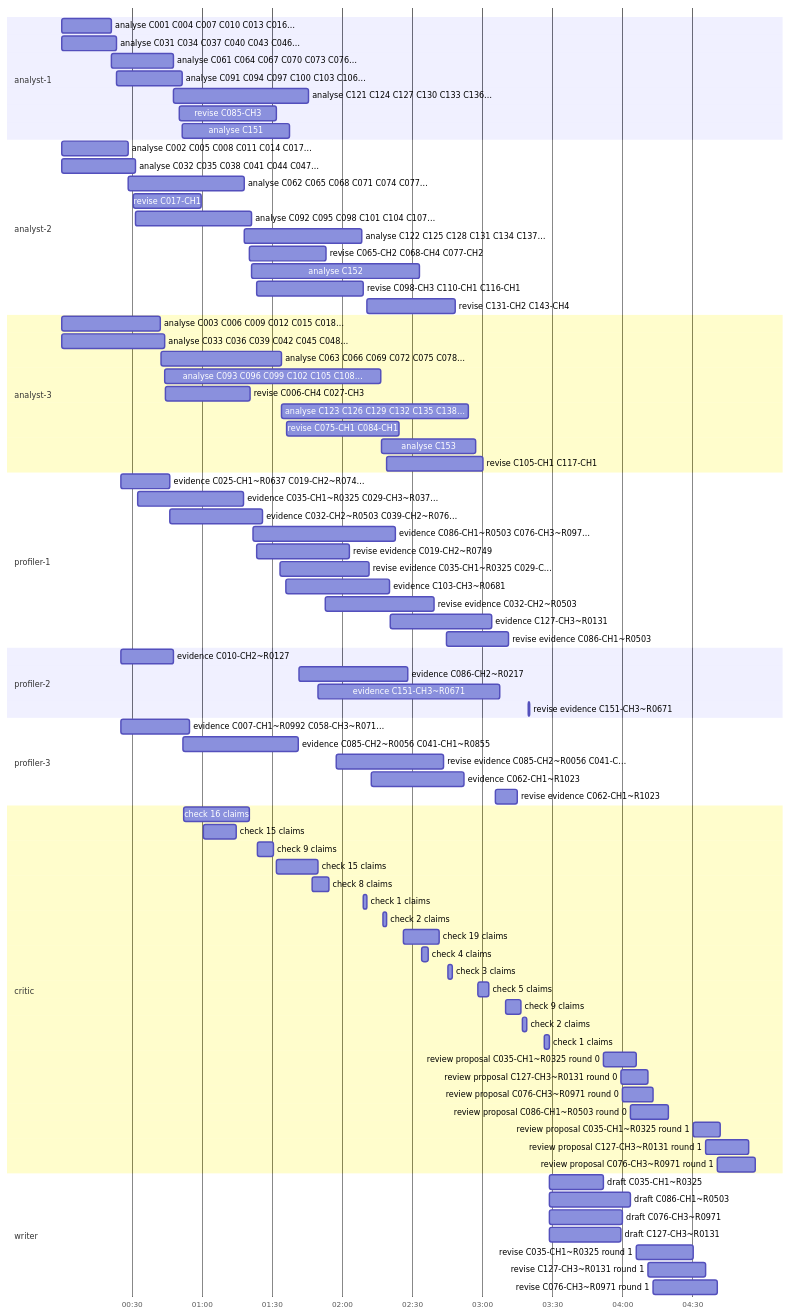
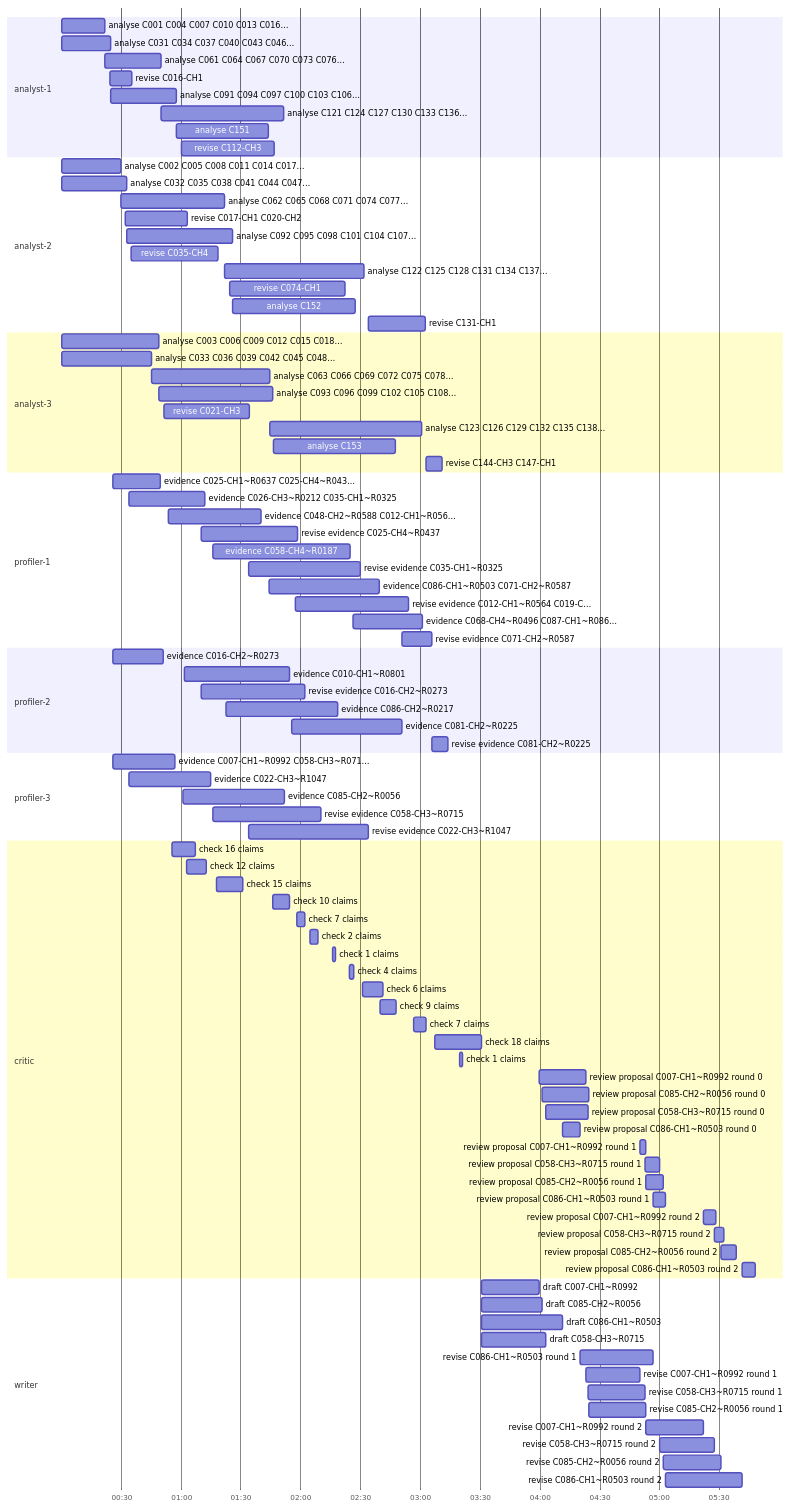
One commit to JannetEkka/spona changed the diagram in runs/2026-10-31-full/trace.md. Above: the diagram before and after it, drawn with Mermaid. The commit also changed other lines of this file and 21 other files, not shown here.

First line of the commit message:
Showcase run with charts; README leads with measured impact

````diff
--- a/runs/2026-10-31-full/trace.md
+++ b/runs/2026-10-31-full/trace.md
@@ -17,84 +18,95 @@
     axisFormat %M:%S
     todayMarker off
     section analyst-1
-    analyse C001 C004 C007 C010 C013 C016… : 15, 21196
-    analyse C031 C034 C037 C040 C043 C046… : 17, 23399
-    analyse C061 C064 C067 C070 C073 C076… : 21214, 47953
-    analyse C091 C094 C097 C100 C103 C106… : 23409, 51453
-    analyse C121 C124 C127 C130 C133 C136… : 47975, 105759
-    revise C085-CH3 : 50309, 92037
-    analyse C151 : 51461, 97446
+    analyse C001 C004 C007 C010 C013 C016… : 21, 21742
+    analyse C031 C034 C037 C040 C043 C046… : 29, 24704
+    analyse C061 C064 C067 C070 C073 C076… : 21755, 49834
+    revise C016-CH1 : 24037, 35113
+    analyse C091 C094 C097 C100 C103 C106… : 24721, 57637
+    analyse C121 C124 C127 C130 C133 C136… : 49851, 111393
+    analyse C151 : 57651, 103612
+    revise C112-CH3 : 59989, 106593
     section analyst-2
-    analyse C002 C005 C008 C011 C014 C017… : 19, 28531
-    analyse C032 C035 C038 C041 C044 C047… : 21, 31731
-    analyse C062 C065 C068 C071 C074 C077… : 28546, 78277
-    revise C017-CH1 : 30760, 59875
-    analyse C092 C095 C098 C101 C104 C107… : 31741, 81300
-    analyse C122 C125 C128 C131 C134 C137… : 78291, 128413
-    revise C065-CH2 C068-CH4 C077-CH2 : 80379, 113208
-    analyse C152 : 81318, 153069
-    revise C098-CH3 C110-CH1 C116-CH1 : 83507, 128989
-    revise C131-CH2 C143-CH4 : 130588, 168363
+    analyse C002 C005 C008 C011 C014 C017… : 36, 29773
+    analyse C032 C035 C038 C041 C044 C047… : 43, 32729
+    analyse C062 C065 C068 C071 C074 C077… : 29785, 81830
+    revise C017-CH1 C020-CH2 : 32058, 63107
+    analyse C092 C095 C098 C101 C104 C107… : 32743, 85744
+    revise C035-CH4 : 34814, 78346
+    analyse C122 C125 C128 C131 C134 C137… : 81847, 151806
+    revise C074-CH1 : 84161, 142291
+    analyse C152 : 85759, 147461
+    revise C131-CH1 : 154029, 182499
     section analyst-3
-    analyse C003 C006 C009 C012 C015 C018… : 23, 42365
-    analyse C033 C036 C039 C042 C045 C048… : 25, 43975
-    analyse C063 C066 C069 C072 C075 C078… : 42377, 94195
-    analyse C093 C096 C099 C102 C105 C108… : 43992, 136751
-    revise C006-CH4 C027-CH3 : 44494, 80704
-    analyse C123 C126 C129 C132 C135 C138… : 94206, 174273
-    revise C075-CH1 C084-CH1 : 96407, 144417
-    analyse C153 : 136780, 177228
-    revise C105-CH1 C117-CH1 : 139036, 180254
+    analyse C003 C006 C009 C012 C015 C018… : 49, 48872
+    analyse C033 C036 C039 C042 C045 C048… : 55, 45056
+    analyse C063 C066 C069 C072 C075 C078… : 45065, 104328
+    analyse C093 C096 C099 C102 C105 C108… : 48884, 106138
+    revise C021-CH3 : 51193, 94344
+    analyse C123 C126 C129 C132 C135 C138… : 104346, 180664
+    analyse C153 : 106158, 167692
+    revise C144-CH3 C147-CH1 : 183005, 191074
     section profiler-1
-    evidence C025-CH1~R0637 C019-CH2~R074… : 25223, 46189
-    evidence C035-CH1~R0325 C029-CH3~R037… : 32549, 77857
-    evidence C032-CH2~R0503 C039-CH2~R076… : 46382, 86003
-    evidence C086-CH1~R0503 C076-CH3~R097… : 81863, 142808
-    revise evidence C019-CH2~R0749 : 83377, 123133
-    revise evidence C035-CH1~R0325 C029-C… : 93623, 131477
-    evidence C103-CH3~R0681 : 96040, 140280
-    revise evidence C032-CH2~R0503 : 112711, 159324
-    evidence C127-CH3~R0131 : 140783, 184132
-    revise evidence C086-CH1~R0503 : 164736, 191282
+    evidence C025-CH1~R0637 C025-CH4~R043… : 25762, 49366
+    evidence C026-CH3~R0212 C035-CH1~R0325 : 33791, 71712
+    evidence C048-CH2~R0588 C012-CH1~R056… : 53372, 100028
+    revise evidence C025-CH4~R0437 : 70114, 118538
+    evidence C058-CH4~R0187 : 75719, 144986
+    revise evidence C035-CH1~R0325 : 93844, 150032
+    evidence C086-CH1~R0503 C071-CH2~R0587 : 104041, 159440
+    revise evidence C012-CH1~R0564 C019-C… : 117221, 174123
+    evidence C068-CH4~R0496 C087-CH1~R086… : 146293, 181221
+    revise evidence C071-CH2~R0587 : 170798, 185923
     section profiler-2
-    evidence C010-CH2~R0127 : 25225, 47716
-    evidence C086-CH2~R0217 : 101450, 148203
-    evidence C151-CH3~R0671 : 109771, 187690
-    revise evidence C151-CH3~R0671 : 199666, 200528
+    evidence C016-CH2~R0273 : 25764, 50888
+    evidence C010-CH1~R0801 : 61653, 114486
+    revise evidence C016-CH2~R0273 : 70114, 121940
+    evidence C086-CH2~R0217 : 82548, 138578
+    evidence C081-CH2~R0225 : 115412, 170739
+    revise evidence C081-CH2~R0225 : 185986, 193841
     section profiler-3
-    evidence C007-CH1~R0992 C058-CH3~R071… : 25226, 54670
-    evidence C085-CH2~R0056 C041-CH1~R0855 : 51978, 101152
-    revise evidence C085-CH2~R0056 C041-C… : 117415, 163469
-    evidence C062-CH1~R1023 : 132429, 172182
-    revise evidence C062-CH1~R1023 : 185732, 195222
+    evidence C007-CH1~R0992 C058-CH3~R071… : 25765, 56770
+    evidence C022-CH3~R1047 : 33793, 74774
+    evidence C085-CH2~R0056 : 60775, 111898
+    revise evidence C058-CH3~R0715 : 75765, 130036
+    revise evidence C022-CH3~R1047 : 93845, 153882
     section critic
-    check 16 claims : 52193, 80376
-    check 15 claims : 60673, 74768
-    check 9 claims : 83860, 90622
-    check 15 claims : 92005, 109710
-    check 8 claims : 107157, 114414
-    check 1 claims : 129135, 130578
-    check 2 claims : 137478, 139188
-    check 19 claims : 146282, 161733
-    check 4 claims : 154209, 156821
-    check 3 claims : 165325, 167167
-    check 5 claims : 178185, 182730
-    check 9 claims : 190133, 196658
-    check 2 claims : 197283, 199103
-    check 1 claims : 206531, 208704
-    review proposal C035-CH1~R0325 round 0 : 232106, 245925
-    review proposal C127-CH3~R0131 round 0 : 239448, 250979
-    review proposal C076-CH3~R0971 round 0 : 240104, 253109
-    review proposal C086-CH1~R0503 round 0 : 243498, 259924
-    review proposal C035-CH1~R0325 round 1 : 270359, 281970
-    review proposal C127-CH3~R0131 round 1 : 275657, 294180
-    review proposal C076-CH3~R0971 round 1 : 280659, 296971
+    check 16 claims : 55370, 67111
+    check 12 claims : 62772, 72761
+    check 15 claims : 77717, 90841
+    check 10 claims : 106035, 114219
+    check 7 claims : 117901, 121980
+    check 2 claims : 124539, 128819
+    check 1 claims : 136038, 137474
+    check 4 claims : 144580, 146771
+    check 6 claims : 150988, 161388
+    check 9 claims : 159884, 167796
+    check 7 claims : 176741, 182985
+    check 18 claims : 187222, 210784
+    check 1 claims : 199841, 201164
+    review proposal C007-CH1~R0992 round 0 : 239576, 263356
+    review proposal C085-CH2~R0056 round 0 : 241171, 264854
+    review proposal C058-CH3~R0715 round 0 : 242950, 264354
+    review proposal C086-CH1~R0503 round 0 : 251632, 260127
+    review proposal C007-CH1~R0992 round 1 : 290392, 293178
+    review proposal C058-CH3~R0715 round 1 : 292893, 300085
+    review proposal C085-CH2~R0056 round 1 : 293355, 301899
+    review proposal C086-CH1~R0503 round 1 : 296930, 303043
+    review proposal C007-CH1~R0992 round 2 : 322164, 328517
+    review proposal C058-CH3~R0715 round 2 : 327822, 332311
+    review proposal C085-CH2~R0056 round 2 : 330948, 338680
+    review proposal C086-CH1~R0503 round 2 : 341520, 348248
     section writer
-    draft C035-CH1~R0325 : 208730, 232086
-    draft C086-CH1~R0503 : 208739, 243486
-    draft C076-CH3~R0971 : 208744, 240092
-    draft C127-CH3~R0131 : 208748, 239430
-    revise C035-CH1~R0325 round 1 : 245929, 270342
-    revise C127-CH3~R0131 round 1 : 250980, 275643
-    revise C076-CH3~R0971 round 1 : 253115, 280645
+    draft C007-CH1~R0992 : 210803, 239569
+    draft C085-CH2~R0056 : 210805, 241164
+    draft C086-CH1~R0503 : 210807, 251622
+    draft C058-CH3~R0715 : 210808, 242945
+    revise C086-CH1~R0503 round 1 : 260129, 296919
+    revise C007-CH1~R0992 round 1 : 263359, 290379
+    revise C058-CH3~R0715 round 1 : 264357, 292879
+    revise C085-CH2~R0056 round 1 : 264856, 293340
+    revise C007-CH1~R0992 round 2 : 293182, 322156
+    revise C058-CH3~R0715 round 2 : 300086, 327815
+    revise C085-CH2~R0056 round 2 : 301901, 330942
+    revise C086-CH1~R0503 round 2 : 303044, 341505
 ```
````
